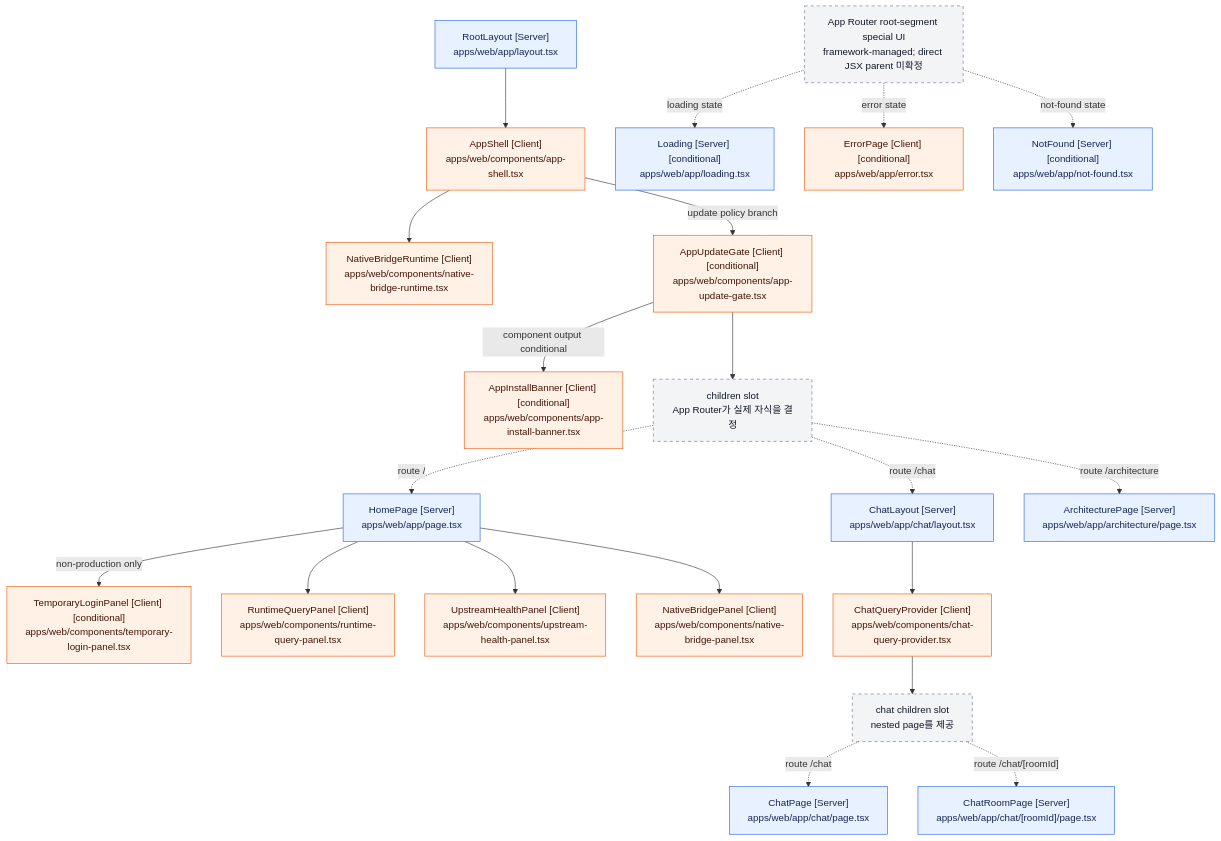
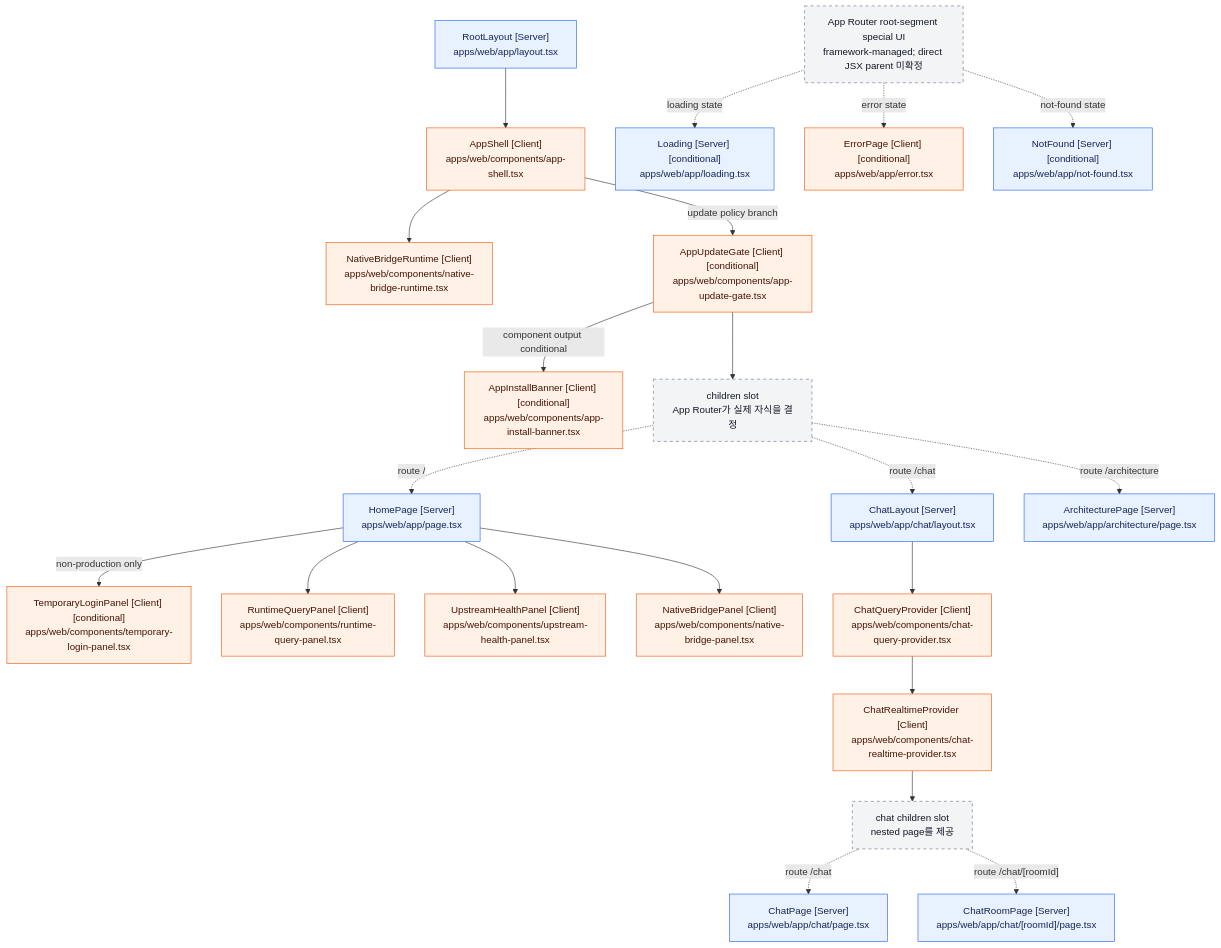
One commit to mokpombc17-coder/CIVIC-AI changed the diagram in docs/architecture/react-component-tree.md. Above: the diagram before and after it, drawn with Mermaid. The commit also changed other lines of this file and 7 other files, not shown here.

Commit message:
feat(web): add chat realtime transport provider

````diff
--- a/docs/architecture/react-component-tree.md
+++ b/docs/architecture/react-component-tree.md
@@ -102,60 +105,62 @@
 ```mermaid
 flowchart TD
     RootLayout["RootLayout [Server]<br/>apps/web/app/layout.tsx"]
     AppShell["AppShell [Client]<br/>apps/web/components/app-shell.tsx"]
     NativeBridgeRuntime["NativeBridgeRuntime [Client]<br/>apps/web/components/native-bridge-runtime.tsx"]
     AppUpdateGate["AppUpdateGate [Client] [conditional]<br/>apps/web/components/app-update-gate.tsx"]
     AppInstallBanner["AppInstallBanner [Client] [conditional]<br/>apps/web/components/app-install-banner.tsx"]
     ChildrenSlot["children slot<br/>App Router가 실제 자식을 결정"]
 
     HomePage["HomePage [Server]<br/>apps/web/app/page.tsx"]
     TemporaryLoginPanel["TemporaryLoginPanel [Client] [conditional]<br/>apps/web/components/temporary-login-panel.tsx"]
     RuntimeQueryPanel["RuntimeQueryPanel [Client]<br/>apps/web/components/runtime-query-panel.tsx"]
     UpstreamHealthPanel["UpstreamHealthPanel [Client]<br/>apps/web/components/upstream-health-panel.tsx"]
     NativeBridgePanel["NativeBridgePanel [Client]<br/>apps/web/components/native-bridge-panel.tsx"]
 
     ChatLayout["ChatLayout [Server]<br/>apps/web/app/chat/layout.tsx"]
     ChatQueryProvider["ChatQueryProvider [Client]<br/>apps/web/components/chat-query-provider.tsx"]
+    ChatRealtimeProvider["ChatRealtimeProvider [Client]<br/>apps/web/components/chat-realtime-provider.tsx"]
     ChatChildrenSlot["chat children slot<br/>nested page를 제공"]
     ChatPage["ChatPage [Server]<br/>apps/web/app/chat/page.tsx"]
     ChatRoomPage["ChatRoomPage [Server]<br/>apps/web/app/chat/[roomId]/page.tsx"]
 
     ArchitecturePage["ArchitecturePage [Server]<br/>apps/web/app/architecture/page.tsx"]
 
     SpecialBoundary["App Router root-segment special UI<br/>framework-managed; direct JSX parent 미확정"]
     Loading["Loading [Server] [conditional]<br/>apps/web/app/loading.tsx"]
     ErrorPage["ErrorPage [Client] [conditional]<br/>apps/web/app/error.tsx"]
     NotFound["NotFound [Server] [conditional]<br/>apps/web/app/not-found.tsx"]
 
     RootLayout --> AppShell
     AppShell --> NativeBridgeRuntime
     AppShell -->|"update policy branch"| AppUpdateGate
     AppUpdateGate -->|"component output conditional"| AppInstallBanner
     AppUpdateGate --> ChildrenSlot
 
     ChildrenSlot -. "route /" .-> HomePage
     HomePage -->|"non-production only"| TemporaryLoginPanel
     HomePage --> RuntimeQueryPanel
     HomePage --> UpstreamHealthPanel
     HomePage --> NativeBridgePanel
 
     ChildrenSlot -. "route /chat" .-> ChatLayout
     ChatLayout --> ChatQueryProvider
-    ChatQueryProvider --> ChatChildrenSlot
+    ChatQueryProvider --> ChatRealtimeProvider
+    ChatRealtimeProvider --> ChatChildrenSlot
     ChatChildrenSlot -. "route /chat" .-> ChatPage
     ChatChildrenSlot -. "route /chat/[roomId]" .-> ChatRoomPage
 
     ChildrenSlot -. "route /architecture" .-> ArchitecturePage
 
     SpecialBoundary -. "loading state" .-> Loading
     SpecialBoundary -. "error state" .-> ErrorPage
     SpecialBoundary -. "not-found state" .-> NotFound
 
     classDef server fill:#e8f1ff,stroke:#2563eb,color:#172554;
     classDef client fill:#fff1e6,stroke:#ea580c,color:#431407;
     classDef framework fill:#f3f4f6,stroke:#6b7280,color:#111827,stroke-dasharray:5 5;
 
     class RootLayout,HomePage,ChatLayout,ChatPage,ChatRoomPage,ArchitecturePage,Loading,NotFound server;
-    class AppShell,NativeBridgeRuntime,AppUpdateGate,AppInstallBanner,TemporaryLoginPanel,RuntimeQueryPanel,UpstreamHealthPanel,NativeBridgePanel,ChatQueryProvider,ErrorPage client;
+    class AppShell,NativeBridgeRuntime,AppUpdateGate,AppInstallBanner,TemporaryLoginPanel,RuntimeQueryPanel,UpstreamHealthPanel,NativeBridgePanel,ChatQueryProvider,ChatRealtimeProvider,ErrorPage client;
     class ChildrenSlot,ChatChildrenSlot,SpecialBoundary framework;
 ```
````
